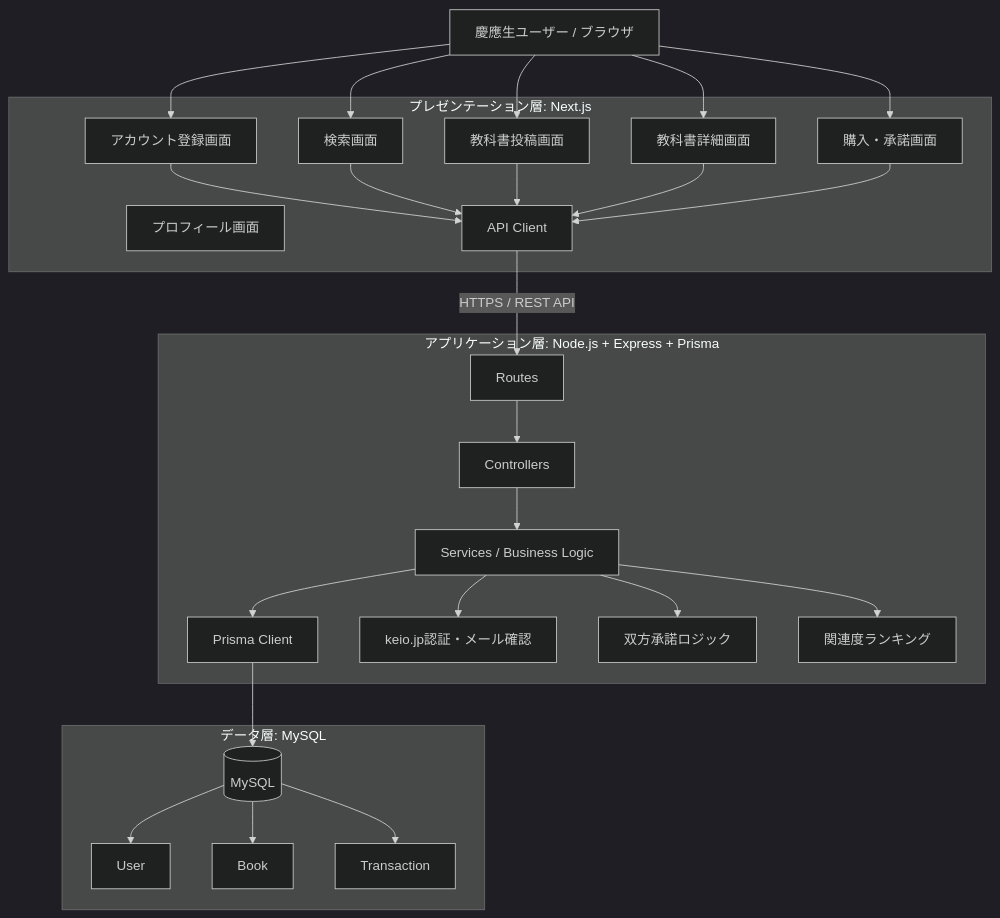
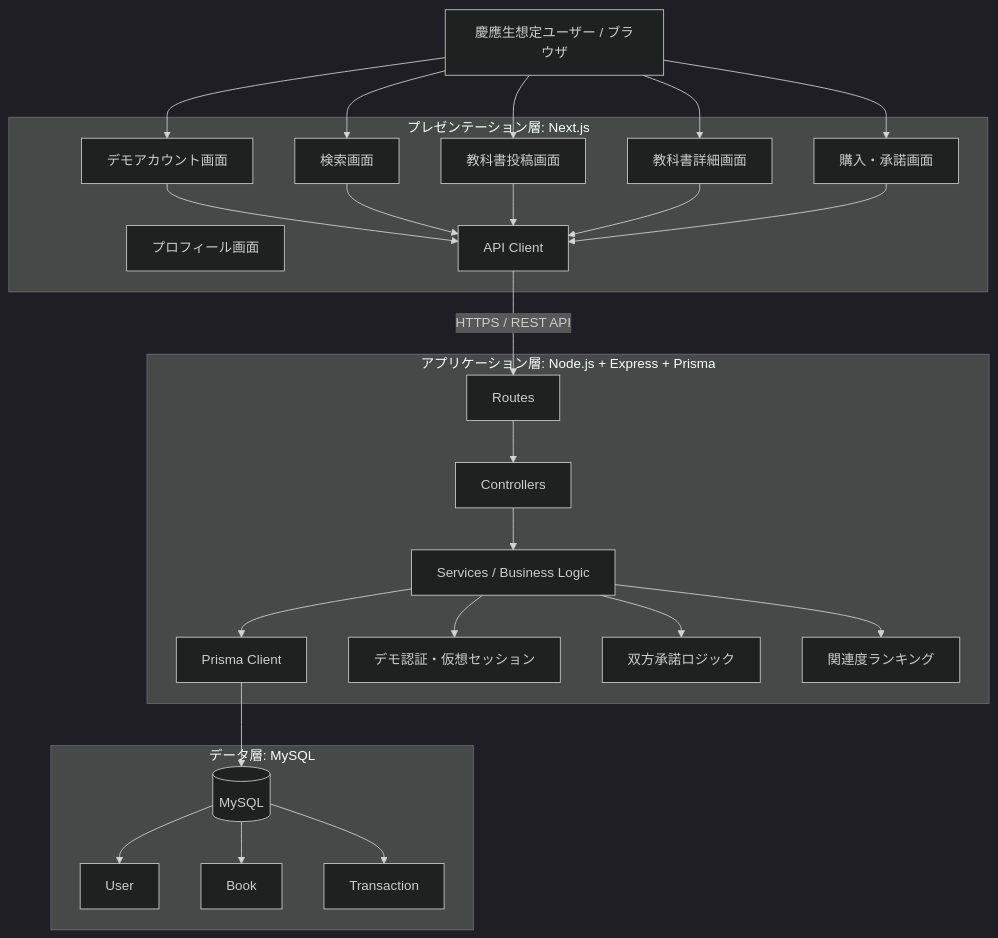
The first of 6 diagrams in README.md (Shundai0110/webproFinalApp), drawn with Mermaid (dark theme) before and after one commit. The commit also changed other lines of this file and 1 other file, not shown here.

````diff
--- a/README.md
+++ b/README.md
@@ -122,56 +148,56 @@
 ```mermaid
 flowchart TB
-    User[慶應生ユーザー / ブラウザ]
+    User[慶應生想定ユーザー / ブラウザ]
 
     subgraph Presentation["プレゼンテーション層: Next.js"]
-        Register[アカウント登録画面]
+        Register[デモアカウント画面]
         Profile[プロフィール画面]
         Search[検索画面]
         ListingForm[教科書投稿画面]
         BookDetail[教科書詳細画面]
         Purchase[購入・承諾画面]
         ApiClient[API Client]
     end
 
     subgraph Application["アプリケーション層: Node.js + Express + Prisma"]
         Routes[Routes]
         Controllers[Controllers]
         Services[Services / Business Logic]
         PrismaClient[Prisma Client]
-        AuthLogic[keio.jp認証・メール確認]
+        AuthLogic[デモ認証・仮想セッション]
         TransactionLogic[双方承諾ロジック]
         RankingLogic[関連度ランキング]
     end
 
     subgraph Data["データ層: MySQL"]
         DB[(MySQL)]
         UserTable[User]
         BookTable[Book]
         TransactionTable[Transaction]
     end
 
     User --> Register
     User --> Search
     User --> ListingForm
     User --> BookDetail
     User --> Purchase
 
     Register --> ApiClient
     Search --> ApiClient
     ListingForm --> ApiClient
     BookDetail --> ApiClient
     Purchase --> ApiClient
 
     ApiClient -->|HTTPS / REST API| Routes
     Routes --> Controllers
     Controllers --> Services
     Services --> AuthLogic
     Services --> TransactionLogic
     Services --> RankingLogic
     Services --> PrismaClient
     PrismaClient --> DB
 
     DB --> UserTable
     DB --> BookTable
     DB --> TransactionTable
 ```
````
